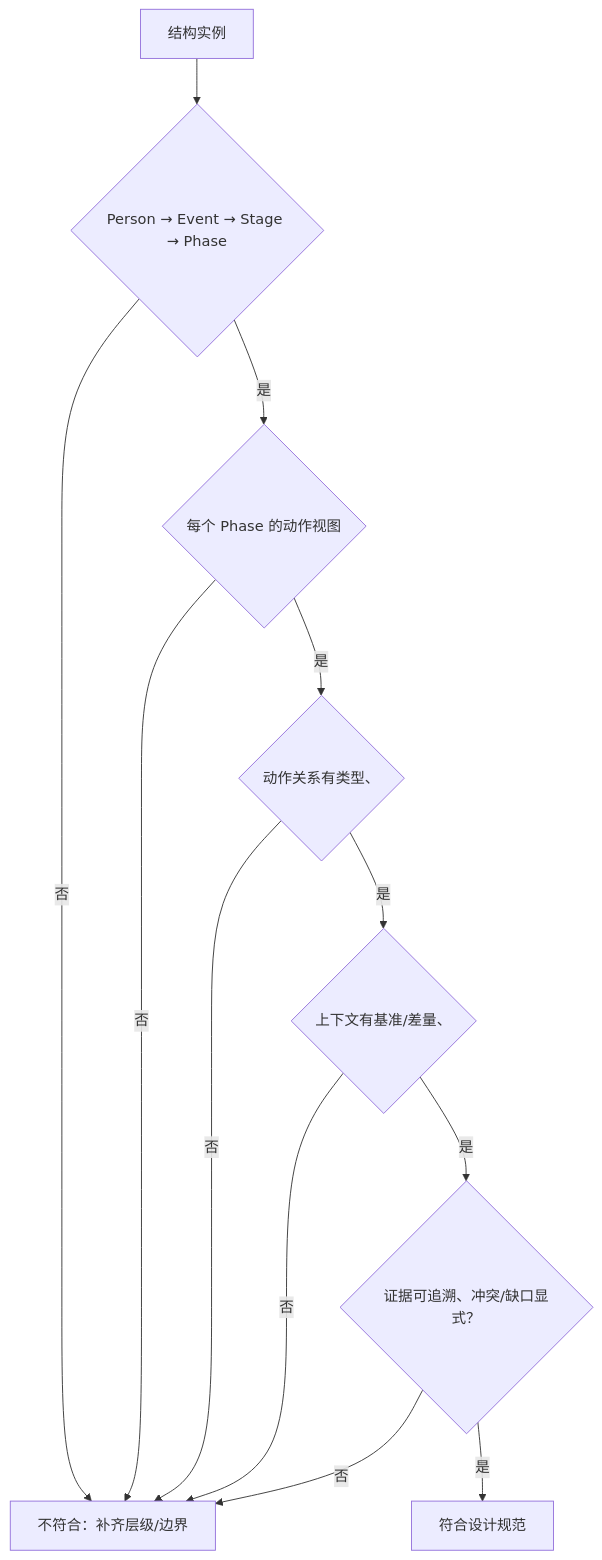
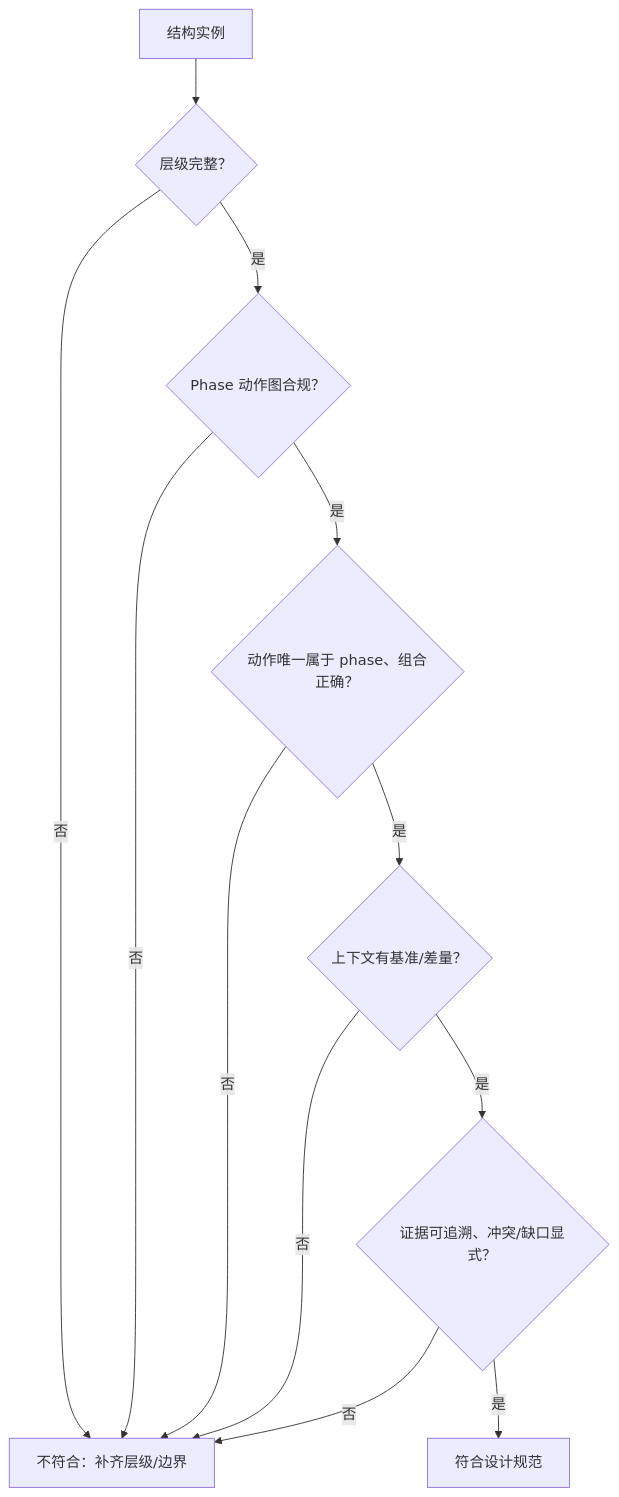
One commit to AgenticFinLab/FinMycelium changed the second of 2 diagrams in docs/structures/7-specification.md. Above: the diagram before and after it, drawn with Mermaid. The commit also changed other lines of this file and 7 other files, not shown here.

First line of the commit message:
docs: simplify to strict hierarchical action-graph composition

````diff
--- a/docs/structures/7-specification.md
+++ b/docs/structures/7-specification.md
@@ -176,14 +177,14 @@
 ```mermaid
 flowchart TD
-    X["结构实例"] --> Q1{"Person → Event → Stage → Phase"}
+    X["结构实例"] --> Q1{"层级完整？"}
     Q1 -->|否| FIX["不符合：补齐层级/边界"]
-    Q1 -->|是| Q2{"每个 Phase 的动作视图"}
+    Q1 -->|是| Q2{"Phase 动作图合规？"}
     Q2 -->|否| FIX
-    Q2 -->|是| Q3{"动作关系有类型、"}
+    Q2 -->|是| Q3{"动作唯一属于 phase、组合正确？"}
     Q3 -->|否| FIX
-    Q3 -->|是| Q4{"上下文有基准/差量、"}
+    Q3 -->|是| Q4{"上下文有基准/差量？"}
     Q4 -->|否| FIX
     Q4 -->|是| Q5{"证据可追溯、冲突/缺口显式？"}
     Q5 -->|否| FIX
     Q5 -->|是| OK["符合设计规范"]
 ```
````
